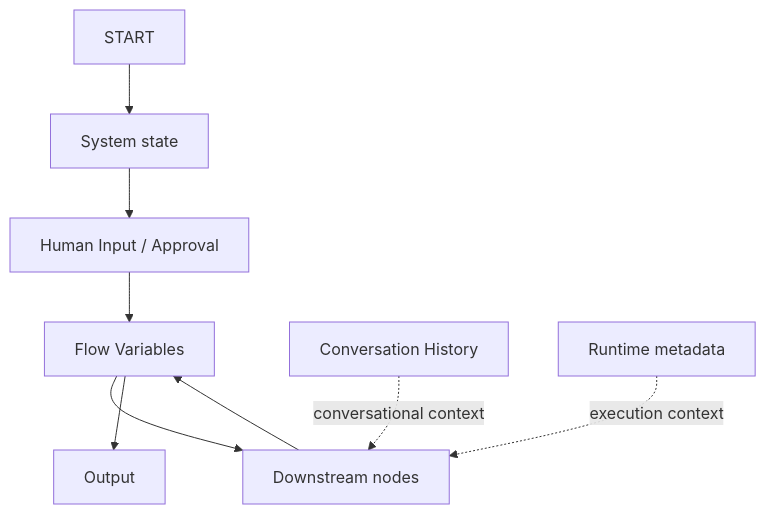
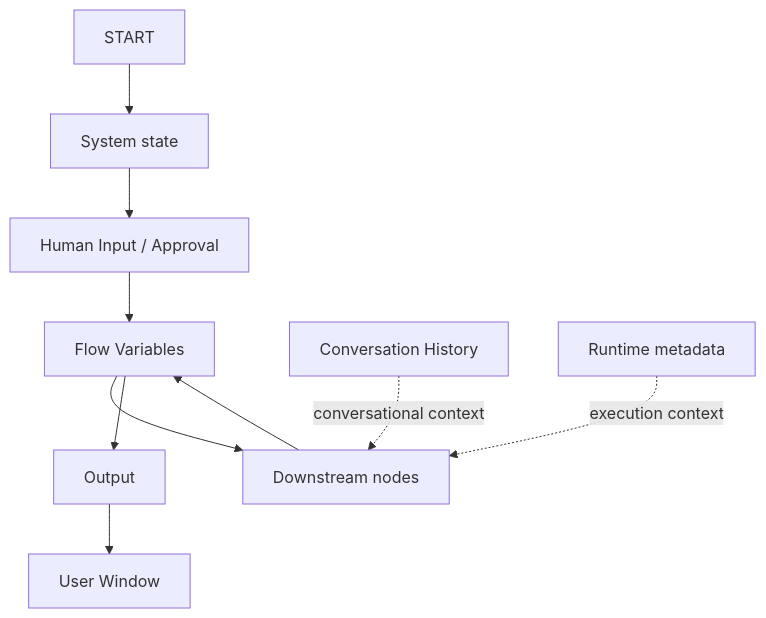
Before and after one commit to adityarane-ai/Agentic-Orchestrations: the diagram in Bid Analysis Agent/12 - End-to-End Node Test Log.md, drawn with Mermaid. The commit also changed other lines of this file, not shown here.

````diff
--- a/Bid Analysis Agent/12 - End-to-End Node Test Log.md
+++ b/Bid Analysis Agent/12 - End-to-End Node Test Log.md
@@ -501,12 +510,13 @@
 ```mermaid
 flowchart TD
     START[START] --> SYS[System state]
     SYS --> HITL[Human Input / Approval]
     HITL --> FLOW[Flow Variables]
     FLOW --> DOWN[Downstream nodes]
     DOWN --> FLOW
     FLOW --> OUT[Output]
+    OUT --> USER[User Window]
 
     CH[Conversation History] -. conversational context .-> DOWN
     RT[Runtime metadata] -. execution context .-> DOWN
 ```
````
